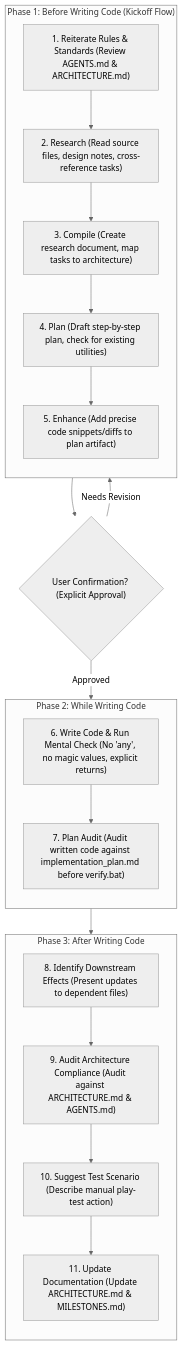
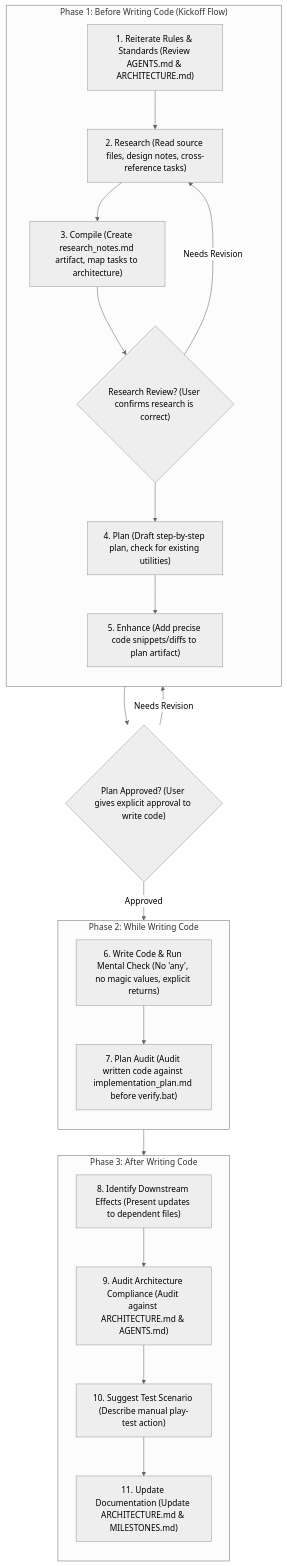
The diagram in AGENTS.md (ThiagoRibas-dev/rogue_like), drawn with Mermaid (neutral theme) before and after one commit. The commit also changed other lines of this file and 14 other files, not shown here.

````diff
--- a/AGENTS.md
+++ b/AGENTS.md
@@ -33,42 +33,45 @@
 ```mermaid
 flowchart TD
     subgraph Before ["Phase 1: Before Writing Code (Kickoff Flow)"]
         direction TB
         S1["1. Reiterate Rules & Standards (Review AGENTS.md & ARCHITECTURE.md)"]
         S2["2. Research (Read source files, design notes, cross-reference tasks)"]
-        S3["3. Compile (Create research document, map tasks to architecture)"]
+        S3["3. Compile (Create research_notes.md artifact, map tasks to architecture)"]
         S4["4. Plan (Draft step-by-step plan, check for existing utilities)"]
         S5["5. Enhance (Add precise code snippets/diffs to plan artifact)"]
         
         S1 --> S2
         S2 --> S3
-        S3 --> S4
+        S3 --> ResearchGate
+        ResearchGate --> S4
         S4 --> S5
     end
 
-    Gate{"User Confirmation? (Explicit Approval)"}
+    ResearchGate{"Research Review? (User confirms research is correct)"}
+    Gate{"Plan Approved? (User gives explicit approval to write code)"}
     
     subgraph While ["Phase 2: While Writing Code"]
         direction TB
         S6["6. Write Code & Run Mental Check (No 'any', no magic values, explicit returns)"]
         S6_5["7. Plan Audit (Audit written code against implementation_plan.md before verify.bat)"]
         S6 --> S6_5
     end
 
     subgraph After ["Phase 3: After Writing Code"]
         direction TB
         S7["8. Identify Downstream Effects (Present updates to dependent files)"]
         S8["9. Audit Architecture Compliance (Audit against ARCHITECTURE.md & AGENTS.md)"]
         S9["10. Suggest Test Scenario (Describe manual play-test action)"]
         S10["11. Update Documentation (Update ARCHITECTURE.md & MILESTONES.md)"]
         
         S7 --> S8
         S8 --> S9
         S9 --> S10
     end
 
     S5 --> Gate
     Gate -- Approved --> S6
     Gate -- Needs Revision --> S4
+    ResearchGate -- Needs Revision --> S2
     S6_5 --> S7
 ```
````
